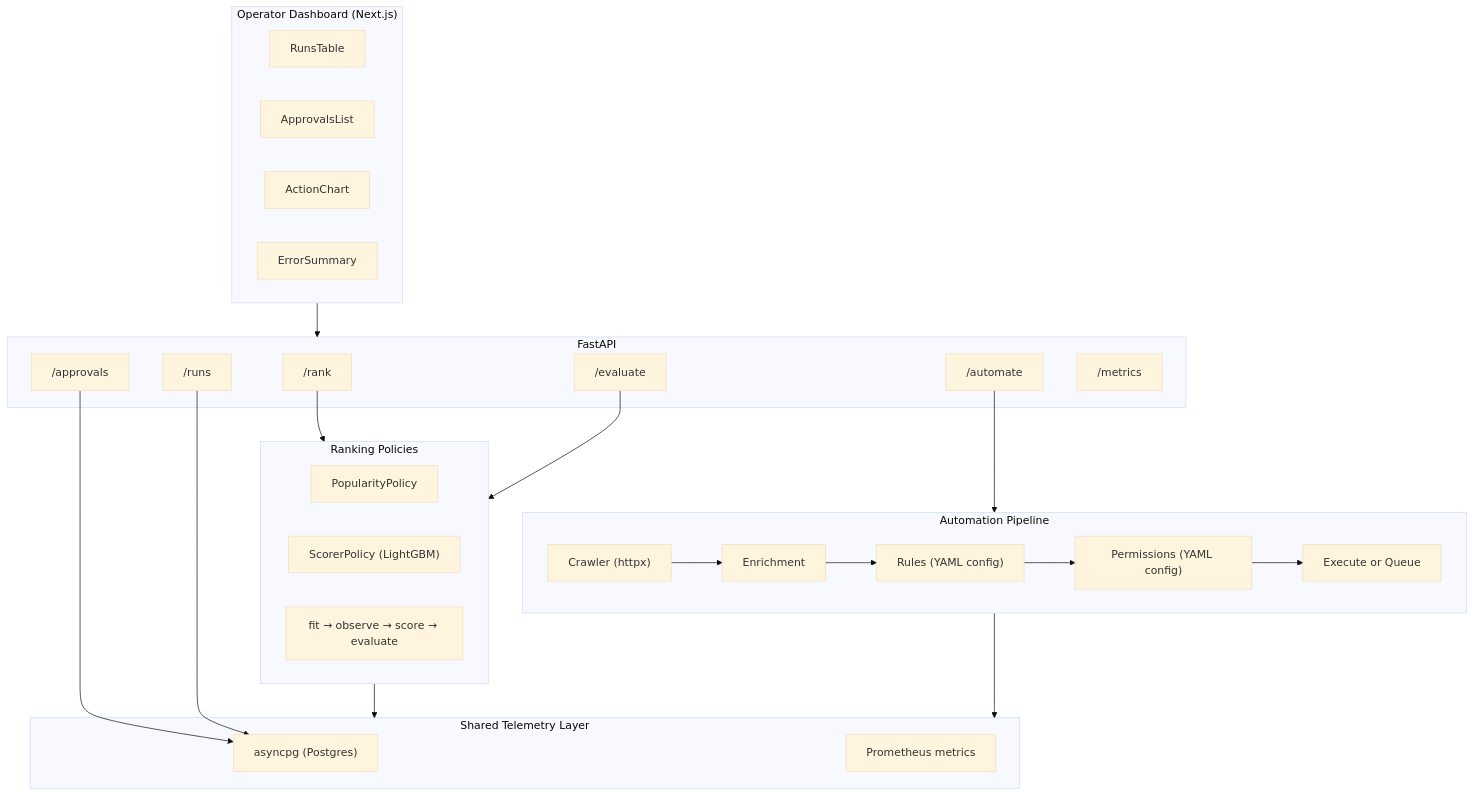
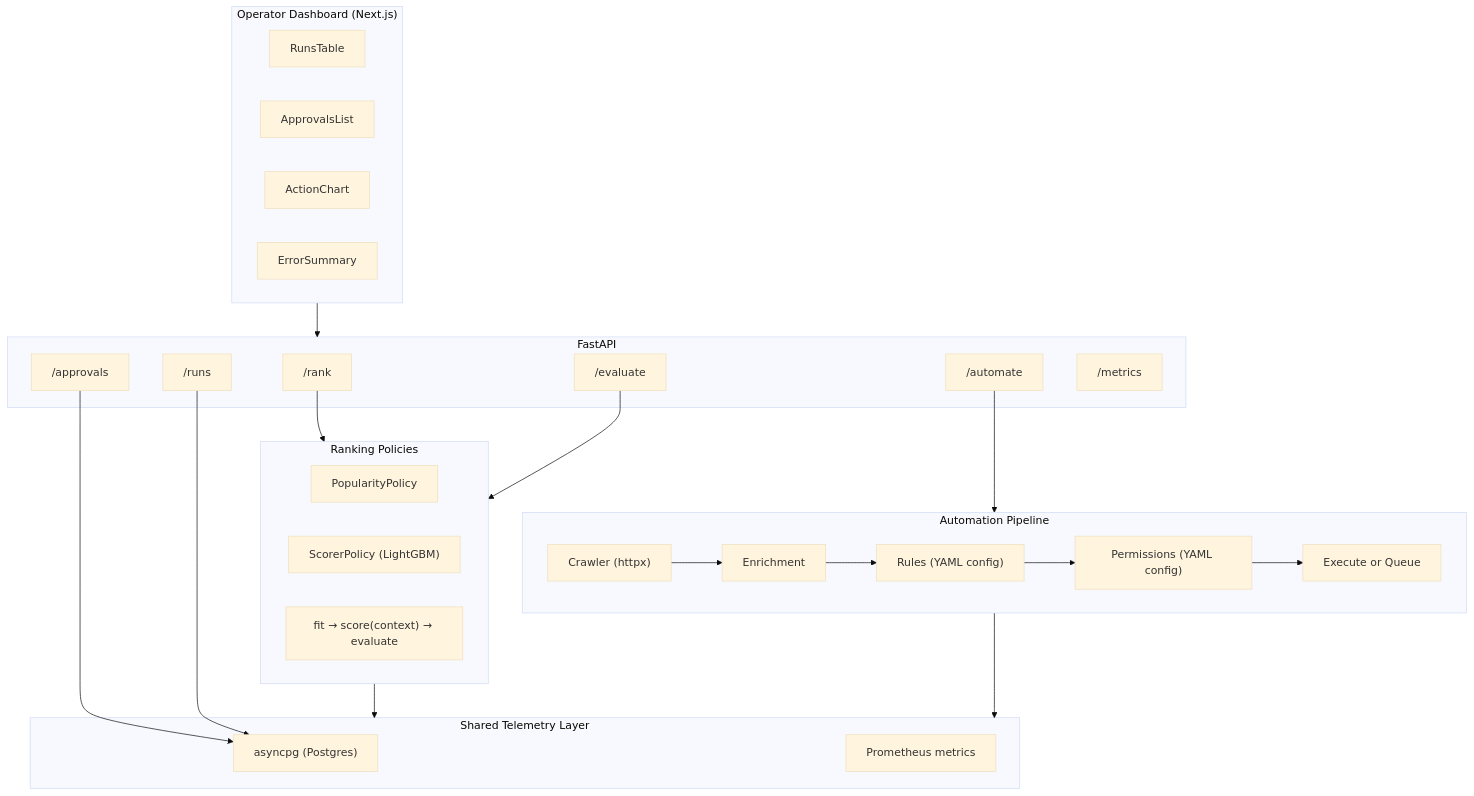
The diagram in README.md (tyy0811/decide-hub), drawn with Mermaid (base theme) before and after one commit. The commit also changed 1 other file, not shown here.

Commit message:
docs: sync README and DECISIONS.md with current code
- Remove observe() references — score() now takes context directly
- Update dashboard component count from 4 to 7
- Update policy interface description to match BasePolicy

````diff
--- a/README.md
+++ b/README.md
@@ -13,49 +13,49 @@
 ```mermaid
 graph TB
     subgraph API["FastAPI"]
         rank["/rank"]
         evaluate["/evaluate"]
         automate["/automate"]
         approvals["/approvals"]
         runs["/runs"]
         metrics["/metrics"]
     end
 
     subgraph Ranking["Ranking Policies"]
         pop["PopularityPolicy"]
         scorer["ScorerPolicy (LightGBM)"]
-        flow1["fit → observe → score → evaluate"]
+        flow1["fit → score(context) → evaluate"]
     end
 
     subgraph Automation["Automation Pipeline"]
         crawler["Crawler (httpx)"]
         enrichment["Enrichment"]
         rules["Rules (YAML config)"]
         permissions["Permissions (YAML config)"]
         execute["Execute or Queue"]
 
         crawler --> enrichment --> rules --> permissions --> execute
     end
 
     subgraph Telemetry["Shared Telemetry Layer"]
         pg["asyncpg (Postgres)"]
         prom["Prometheus metrics"]
     end
 
     subgraph Dashboard["Operator Dashboard (Next.js)"]
         runs_table["RunsTable"]
         approvals_list["ApprovalsList"]
         action_chart["ActionChart"]
         error_summary["ErrorSummary"]
     end
 
     rank --> Ranking
     evaluate --> Ranking
     automate --> Automation
     approvals --> pg
     runs --> pg
 
     Ranking --> Telemetry
     Automation --> Telemetry
     Dashboard --> API
 ```
````
